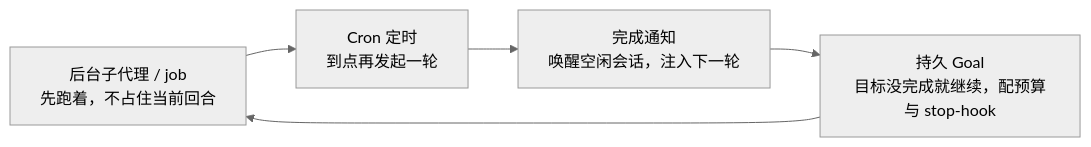
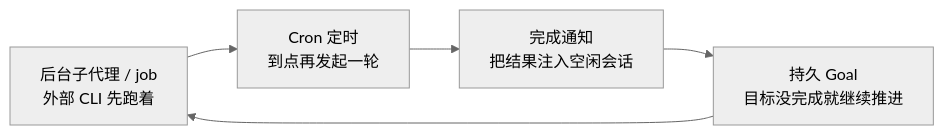
Before and after one commit to cjhyy/codeshell: the second of 2 diagrams in docs/core-deep-dive/v2-00-feature-tour.md, drawn with Mermaid (neutral theme). The commit also changed other lines of this file, not shown here.

````diff
--- a/docs/core-deep-dive/v2-00-feature-tour.md
+++ b/docs/core-deep-dive/v2-00-feature-tour.md
@@ -215,7 +233,7 @@
 ```mermaid
 flowchart LR
-    A[后台子代理 / job<br/>先跑着，不占住当前回合] --> B[Cron 定时<br/>到点再发起一轮]
-    B --> C[完成通知<br/>唤醒空闲会话，注入下一轮]
-    C --> D[持久 Goal<br/>目标没完成就继续，配预算与 stop-hook]
+    A[后台子代理 / job<br/>外部 CLI 先跑着] --> B[Cron 定时<br/>到点再发起一轮]
+    B --> C[完成通知<br/>把结果注入空闲会话]
+    C --> D[持久 Goal<br/>目标没完成就继续推进]
     D --> A
 ```
````
